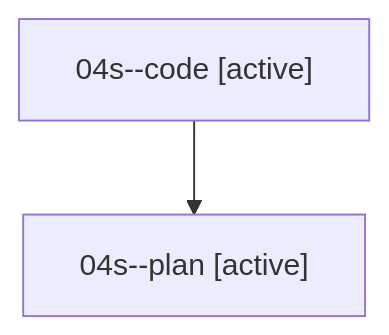
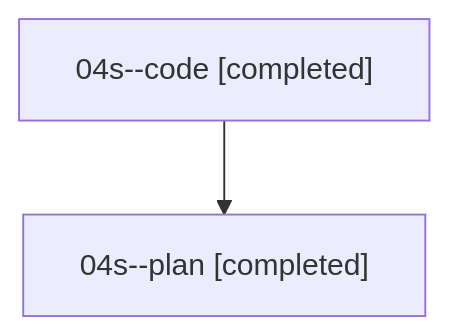
Before and after one commit to bobs-org/bob-cli--agents: the diagram in families/bbugyi200.athena.04s.md, drawn with Mermaid. The commit also changed other lines of this file and 77 other files, not shown here.

````diff
--- a/families/bbugyi200.athena.04s.md
+++ b/families/bbugyi200.athena.04s.md
@@ -9,6 +9,6 @@
 ```mermaid
 flowchart TD
-  n0["04s--code [active]"]
-  n1["04s--plan [active]"]
+  n0["04s--code [completed]"]
+  n1["04s--plan [completed]"]
   n0 --> n1
 ```
````
